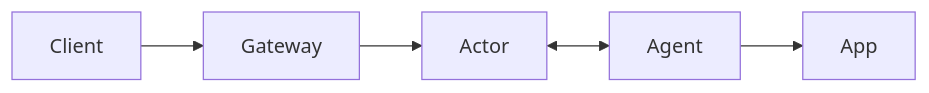
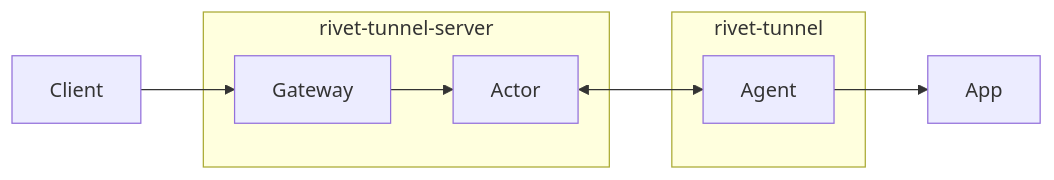
Before and after one commit to rivet-dev/rivet-tunnels: the diagram in README.md, drawn with Mermaid. The commit also changed other lines of this file and 4 other files, not shown here.

Commit message:
refactor: combine tunnel server

````diff
--- a/README.md
+++ b/README.md
@@ -16,7 +16,16 @@
 ```mermaid
 flowchart LR
+    Client
+    subgraph Server["rivet-tunnel-server"]
+        Gateway
+        Actor
+        Gateway --> Actor
+    end
+    subgraph CLI["rivet-tunnel"]
+        Agent
+    end
+    App
     Client --> Gateway
-    Gateway --> Actor
     Actor <--> Agent
     Agent --> App
 ```
````
